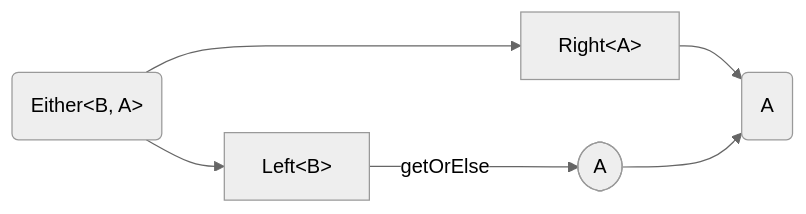
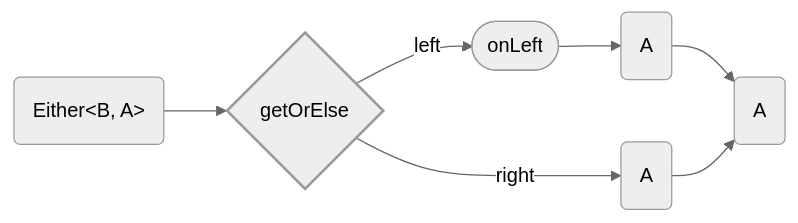
Before and after one commit to adamjosefus/fp-ts-examples: the seventh of 8 diagrams in Either.md, drawn with Mermaid (neutral theme). The commit also changed other lines of this file, not shown here.

````diff
--- a/Either.md
+++ b/Either.md
@@ -306,9 +318,18 @@
 ```mermaid
 flowchart LR
-    input("Either<<span>B, A</span>>") --> left[Left<<span>B</span>>]
-    input --> right[Right<<span>A</span>>]
-    right --> result([<span>C</span>])
-    left --> | getOrElse | resultLeft([<span>A</span>])
-    resultLeft --> result(<span>A</span>)
+    style getOrElse stroke-width: 2px
 
+    input("Either<<span>B, A</span>>")
+    getOrElse{ getOrElse }
+    onLeft([ onLeft ])
+    leftOutput( A )
+    rightOutput( A )
+    output( A )
+
+    input --> getOrElse
+    getOrElse --> | left | onLeft
+    getOrElse --> | right | rightOutput
+    onLeft --> leftOutput
+    leftOutput --> output
+    rightOutput --> output
 ```
````
